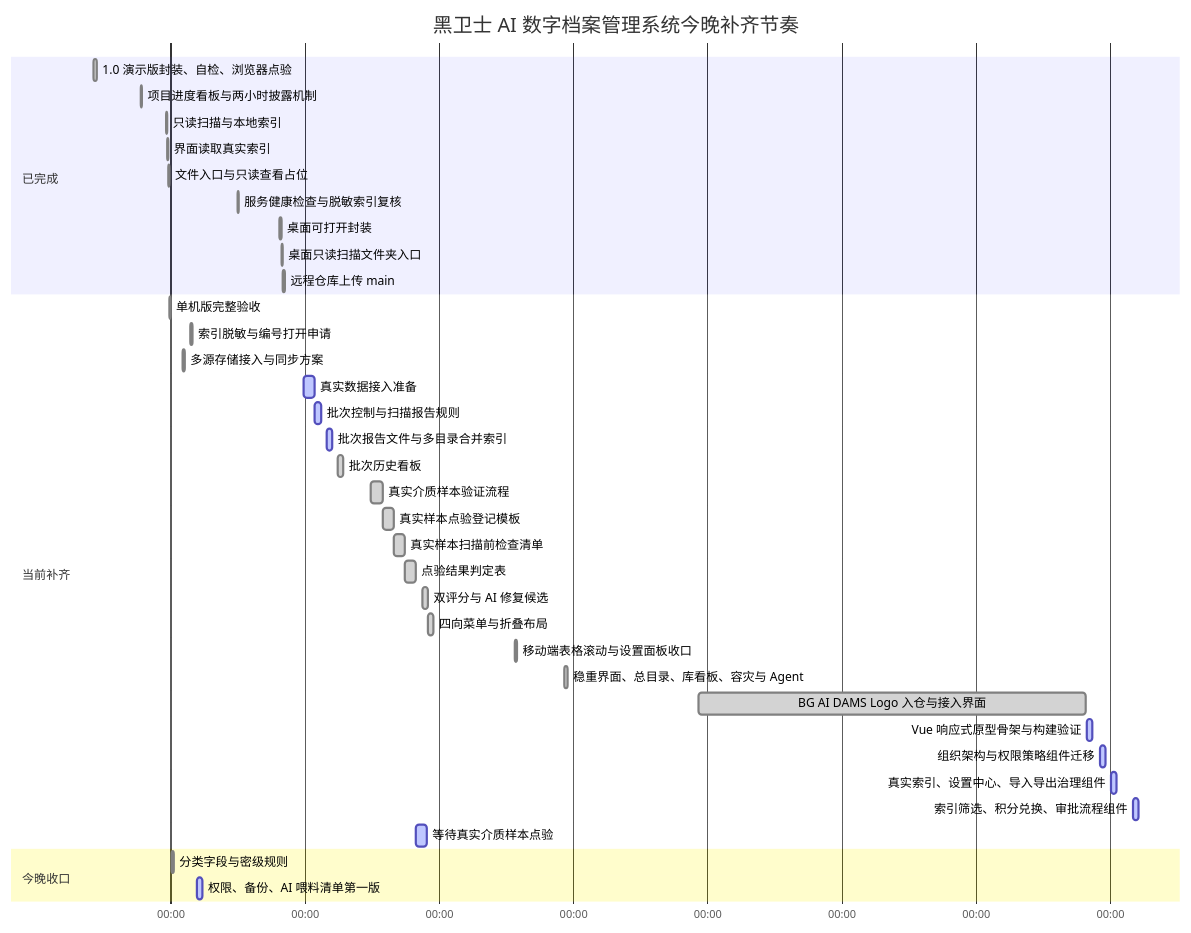
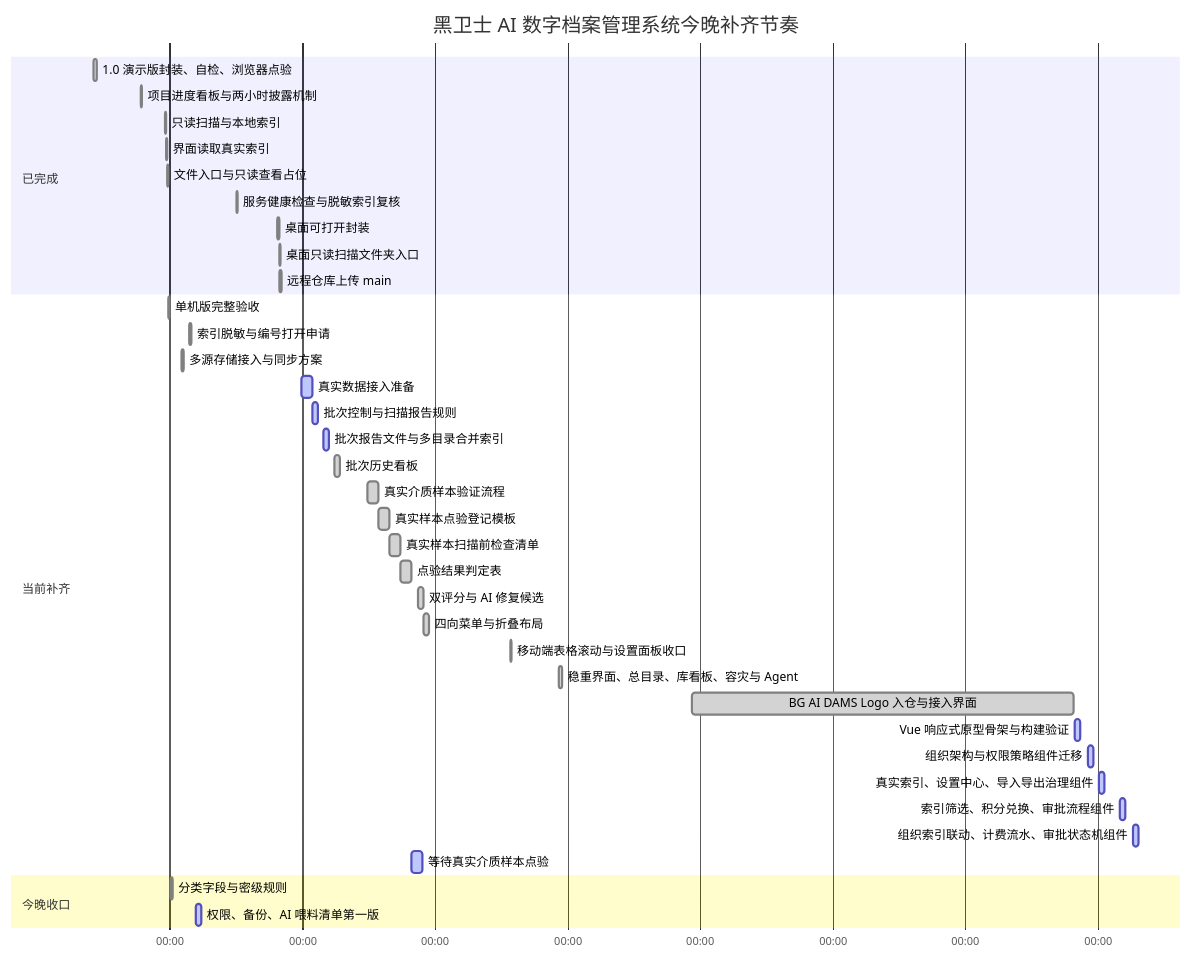
One commit to okalexhohongkong/Alex-Code-Repository changed the diagram in 项目进度看板.md. Above: the diagram before and after it, drawn with Mermaid. The commit also changed other lines of this file and 15 other files, not shown here.

````diff
--- a/项目进度看板.md
+++ b/项目进度看板.md
@@ -22,44 +23,45 @@
 ```mermaid
 gantt
   title 黑卫士 AI 数字档案管理系统今晚补齐节奏
   dateFormat  YYYY-MM-DD HH:mm
   axisFormat  %H:%M
 
   section 已完成
   1.0 演示版封装、自检、浏览器点验        :done, demo-1, 2026-06-21 20:30, 1h
   项目进度看板与两小时披露机制             :done, demo-2, 2026-06-22 13:30, 25m
   只读扫描与本地索引                      :done, local-2, 2026-06-22 22:30, 25m
   界面读取真实索引                        :done, local-3, 2026-06-22 22:55, 20m
   文件入口与只读查看占位                   :done, local-4, 2026-06-22 23:05, 25m
   服务健康检查与脱敏索引复核                :done, local-health, 2026-06-24 00:10, 20m
   桌面可打开封装                           :done, desktop-1, 2026-06-24 15:10, 35m
   桌面只读扫描文件夹入口                    :done, desktop-2, 2026-06-24 15:43, 20m
   远程仓库上传 main                         :done, remote-1, 2026-06-24 16:00, 45m
 
   section 当前补齐
   单机版完整验收                          :done, local-5, 2026-06-22 23:35, 35m
   索引脱敏与编号打开申请                   :done, local-6, 2026-06-23 07:10, 35m
   多源存储接入与同步方案                   :done, storage-1, 2026-06-23 04:30, 35m
   真实数据接入准备                         :active, intake-1, 2026-06-24 23:42, 4h
   批次控制与扫描报告规则                   :active, intake-2, 2026-06-25 03:44, 2h
   批次报告文件与多目录合并索引              :active, intake-3, 2026-06-25 07:47, 2h
   批次历史看板                            :done, intake-4, 2026-06-25 11:50, 2h
   真实介质样本验证流程                    :done, intake-5, 2026-06-25 23:45, 4h
   真实样本点验登记模板                    :done, intake-6, 2026-06-26 03:46, 4h
   真实样本扫描前检查清单                  :done, intake-7, 2026-06-26 07:46, 4h
   点验结果判定表                          :done, intake-8, 2026-06-26 11:46, 4h
   双评分与 AI 修复候选                    :done, ui-score-1, 2026-06-26 18:00, 2h
   四向菜单与折叠布局                      :done, ui-menu-1, 2026-06-26 20:00, 2h
   移动端表格滚动与设置面板收口              :done, ui-mobile-1, 2026-06-28 03:20, 35m
   稳重界面、总目录、库看板、容灾与 Agent     :done, ui-search-1, 2026-06-28 21:00, 1h
   BG AI DAMS Logo 入仓与接入界面              :done, brand-1, 2026-06-30 21:00, 2026-07-06 15:10
   Vue 响应式原型骨架与构建验证                  :active, vue-1, 2026-07-06 15:40, 2h
   组织架构与权限策略组件迁移                    :active, vue-2, 2026-07-06 20:20, 2h
   真实索引、设置中心、导入导出治理组件             :active, vue-3, 2026-07-07 00:20, 2h
   索引筛选、积分兑换、审批流程组件                 :active, vue-4, 2026-07-07 08:10, 2h
+  组织索引联动、计费流水、审批状态机组件             :active, vue-5, 2026-07-07 12:50, 2h
   等待真实介质样本点验                    :active, intake-9, 2026-06-26 15:46, 4h
 
   section 今晚收口
   分类字段与密级规则                       :done, class-1, 2026-06-23 00:30, 45m
   权限、备份、AI 喂料清单第一版             :active, class-2, 2026-06-23 09:30, 2h
 ```
````
